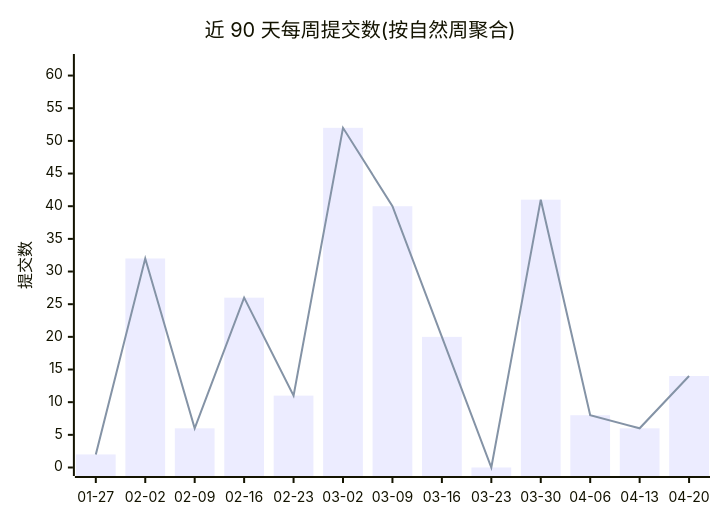
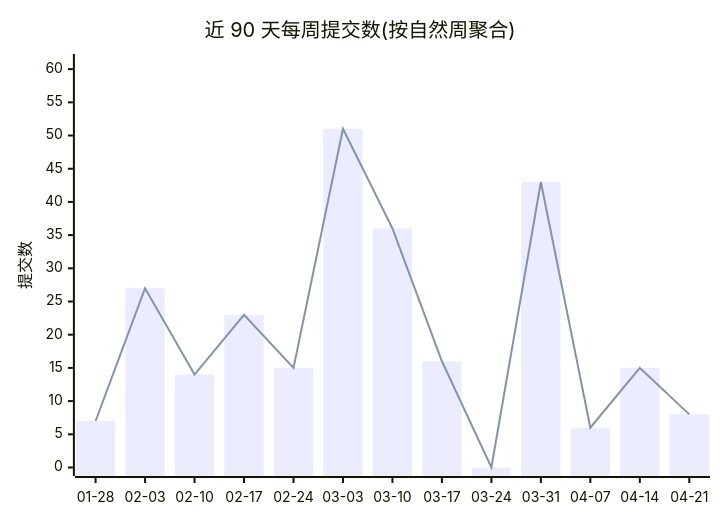
Before and after one commit to Conflux-Union/.github: the first of 2 diagrams in profile/README.md, drawn with Mermaid. The commit also changed other lines of this file and 1 other file, not shown here.

````diff
--- a/profile/README.md
+++ b/profile/README.md
@@ -44,8 +44,8 @@
 ```mermaid
 xychart-beta
     title "近 90 天每周提交数(按自然周聚合)"
-    x-axis ["01-27", "02-02", "02-09", "02-16", "02-23", "03-02", "03-09", "03-16", "03-23", "03-30", "04-06", "04-13", "04-20"]
-    y-axis "提交数" 0 --> 62
-    bar [2, 32, 6, 26, 11, 52, 40, 20, 0, 41, 8, 6, 14]
-    line [2, 32, 6, 26, 11, 52, 40, 20, 0, 41, 8, 6, 14]
+    x-axis ["01-28", "02-03", "02-10", "02-17", "02-24", "03-03", "03-10", "03-17", "03-24", "03-31", "04-07", "04-14", "04-21"]
+    y-axis "提交数" 0 --> 61
+    bar [7, 27, 14, 23, 15, 51, 36, 16, 0, 43, 6, 15, 8]
+    line [7, 27, 14, 23, 15, 51, 36, 16, 0, 43, 6, 15, 8]
 ```
````
